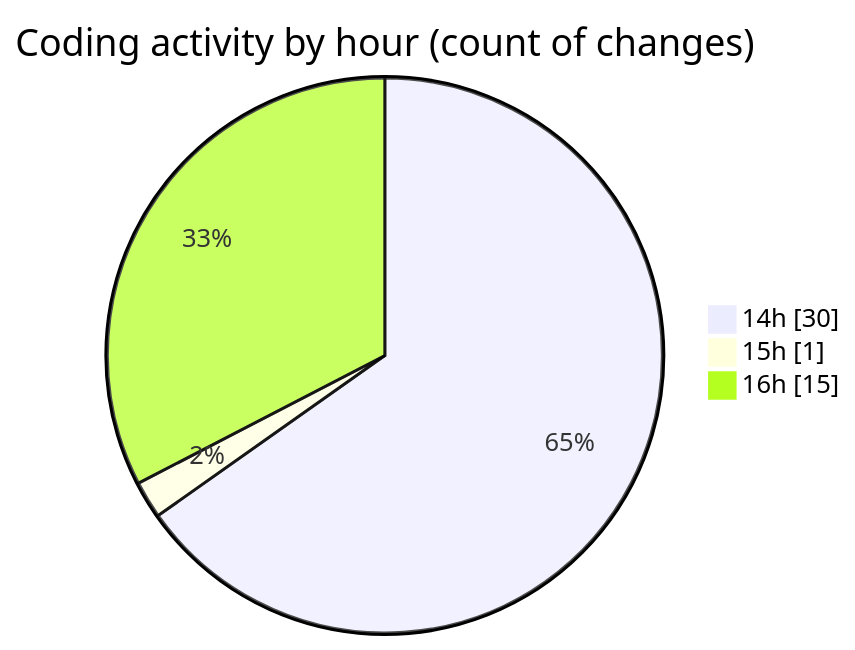
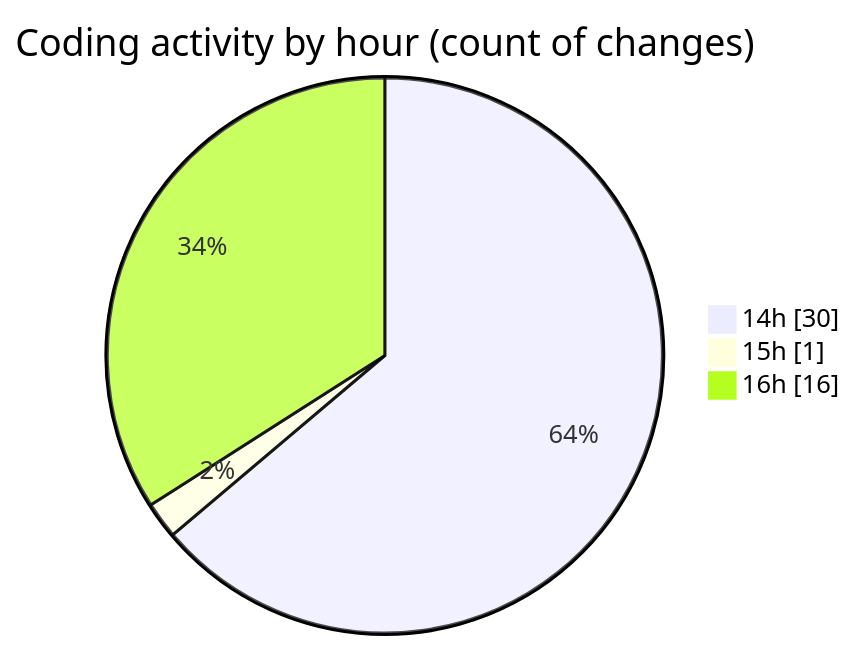
Before and after one commit to Ritupan-Deka/code-tracking: the second of 2 diagrams in 2025-05-03/projects/README.md, drawn with Mermaid. The commit also changed other lines of this file and 1 other file, not shown here.

````diff
--- a/2025-05-03/projects/README.md
+++ b/2025-05-03/projects/README.md
@@ -43,7 +43,7 @@
 ```mermaid
 pie showData
 title Coding activity by hour (count of changes)
 "14h" : 30
 "15h" : 1
-"16h" : 15
+"16h" : 16
 ```
````
